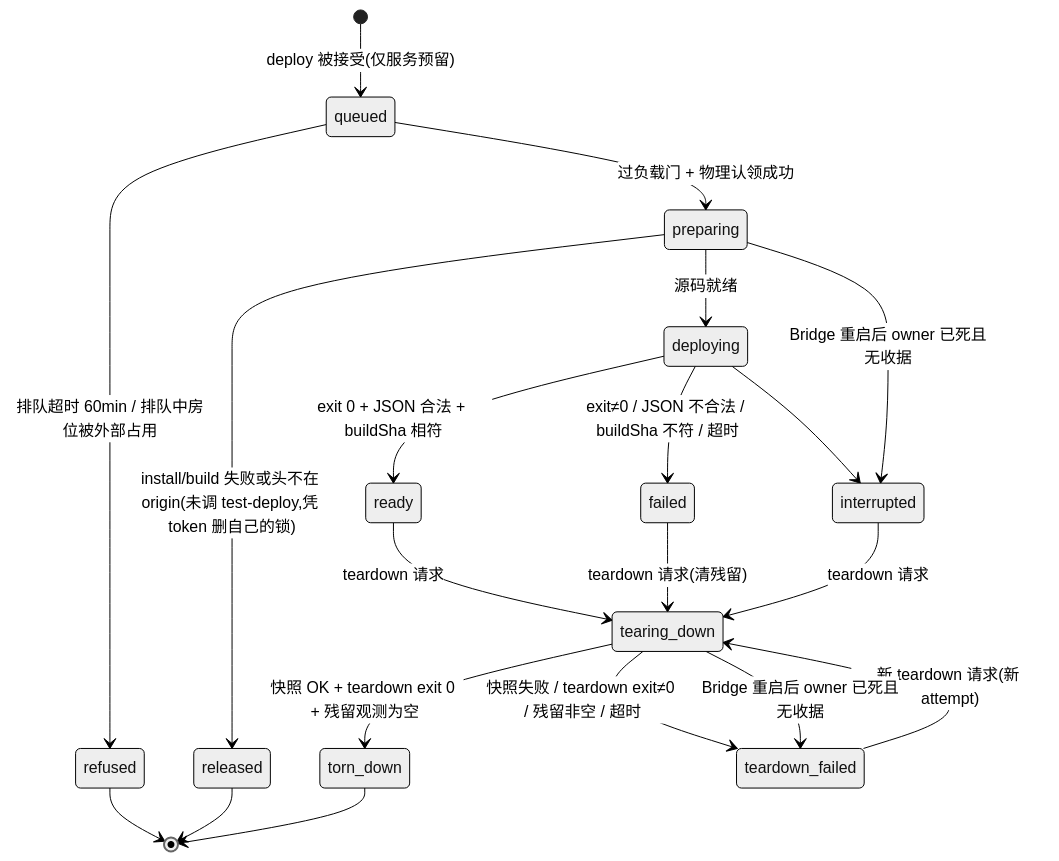
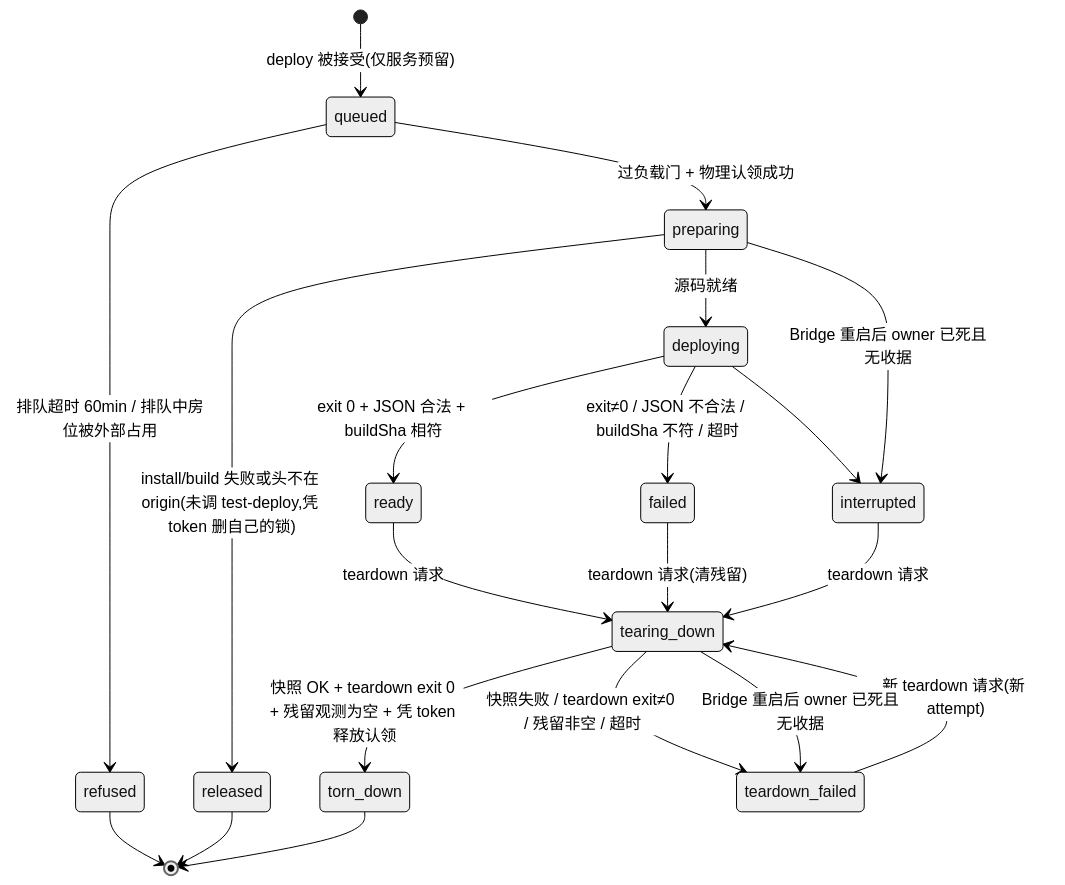
One commit to xrliAnnie/flywheel-qa-sandbox changed the second of 3 diagrams in engineering/doc/FLY-2405-room-service/plan.md. Above: the diagram before and after it, drawn with Mermaid (neutral theme). The commit also changed other lines of this file, not shown here.

````diff
--- a/engineering/doc/FLY-2405-room-service/plan.md
+++ b/engineering/doc/FLY-2405-room-service/plan.md
@@ -94,22 +94,22 @@
 ```mermaid
 stateDiagram-v2
     [*] --> queued: deploy 被接受(仅服务预留)
     queued --> refused: 排队超时 60min / 排队中房位被外部占用
     queued --> preparing: 过负载门 + 物理认领成功
     preparing --> released: install/build 失败或头不在 origin(未调 test-deploy,凭 token 删自己的锁)
     preparing --> deploying: 源码就绪
     deploying --> ready: exit 0 + JSON 合法 + buildSha 相符
     deploying --> failed: exit≠0 / JSON 不合法 / buildSha 不符 / 超时
     ready --> tearing_down: teardown 请求
     failed --> tearing_down: teardown 请求(清残留)
     interrupted --> tearing_down: teardown 请求
     teardown_failed --> tearing_down: 新 teardown 请求(新 attempt)
-    tearing_down --> torn_down: 快照 OK + teardown exit 0 + 残留观测为空
+    tearing_down --> torn_down: 快照 OK + teardown exit 0 + 残留观测为空 + 凭 token 释放认领
     tearing_down --> teardown_failed: 快照失败 / teardown exit≠0 / 残留非空 / 超时
     preparing --> interrupted: Bridge 重启后 owner 已死且无收据
     deploying --> interrupted
     tearing_down --> teardown_failed: Bridge 重启后 owner 已死且无收据
     refused --> [*]
     released --> [*]
     torn_down --> [*]
 ```
````
